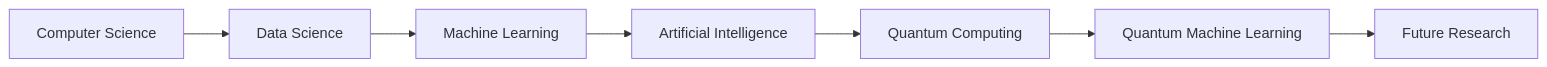
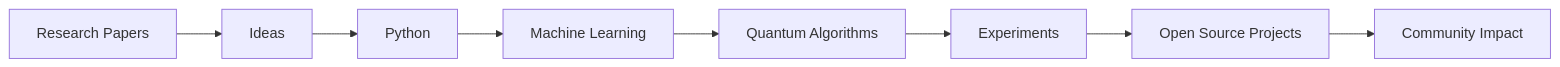
One commit to medbouchekouf/medbouchekouf changed the diagram in README.md. Above: the diagram before and after it, drawn with Mermaid. The commit also changed other lines of this file, not shown here.

````diff
--- a/README.md
+++ b/README.md
@@ -107,15 +222,17 @@
 ```mermaid
 graph LR
 
-A[Computer Science] --> B[Data Science]
+A[Research Papers] --> B[Ideas]
 
-B --> C[Machine Learning]
+B --> C[Python]
 
-C --> D[Artificial Intelligence]
+C --> D[Machine Learning]
 
-D --> E[Quantum Computing]
+D --> E[Quantum Algorithms]
 
-E --> F[Quantum Machine Learning]
+E --> F[Experiments]
 
-F --> G[Future Research]
+F --> G[Open Source Projects]
+
+G --> H[Community Impact]
 ```
````
